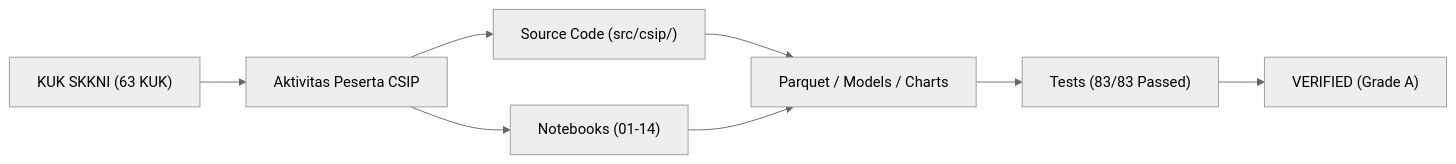
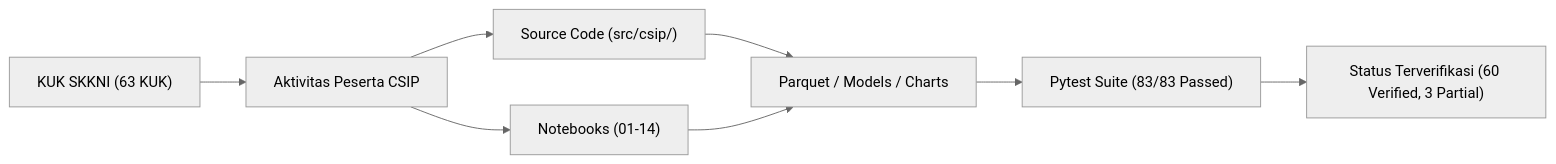
One commit to noorafaelhakimfaudka-droid/Core-Strategy-Intelligence-Platform changed the diagram in reports/evidence/evidence_traceability_matrix.md. Above: the diagram before and after it, drawn with Mermaid (neutral theme). The commit also changed other lines of this file and 12 other files, not shown here.

Commit message:
chore(v4): complete final corrective audit, synchronize all reports to 27 elements and 63 KUKs, add changelog v4, verify 84 passed tests

````diff
--- a/reports/evidence/evidence_traceability_matrix.md
+++ b/reports/evidence/evidence_traceability_matrix.md
@@ -16,9 +16,9 @@
 ```mermaid
 flowchart LR
     KUK["KUK SKKNI (63 KUK)"] --> Act["Aktivitas Peserta CSIP"]
     Act --> Code["Source Code (src/csip/)"]
     Act --> NB["Notebooks (01-14)"]
     Code & NB --> Output["Parquet / Models / Charts"]
-    Output --> Test["Tests (83/83 Passed)"]
-    Test --> Status["VERIFIED (Grade A)"]
+    Output --> Test["Pytest Suite (83/83 Passed)"]
+    Test --> Status["Status Terverifikasi (60 Verified, 3 Partial)"]
 ```
````
